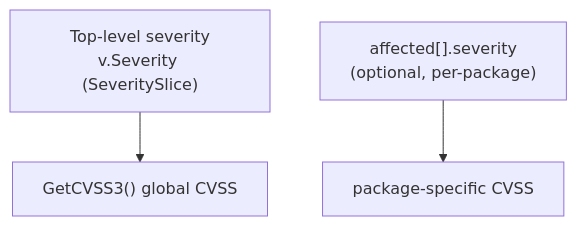
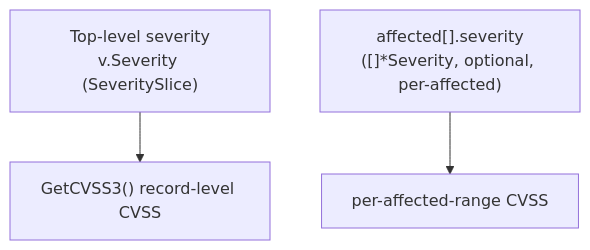
One commit to scagogogo/osv-schema-skills changed the third of 4 diagrams in website/guide/skills/severity.md. Above: the diagram before and after it, drawn with Mermaid. The commit also changed other lines of this file and 1 other file, not shown here.

First line of the commit message:
docs(website): correct per-affected severity wording in severity skill (EN+ZH)

````diff
--- a/website/guide/skills/severity.md
+++ b/website/guide/skills/severity.md
@@ -68,5 +68,5 @@
 ```mermaid
 flowchart TD
-  TOP["Top-level severity<br/>v.Severity (SeveritySlice)"] --> G3["GetCVSS3() global CVSS"]
-  AFF["affected[].severity<br/>(optional, per-package)"] --> P3["package-specific CVSS"]
+  TOP["Top-level severity<br/>v.Severity (SeveritySlice)"] --> G3["GetCVSS3() record-level CVSS"]
+  AFF["affected[].severity<br/>([]*Severity, optional, per-affected)"] --> P3["per-affected-range CVSS"]
 ```
````
